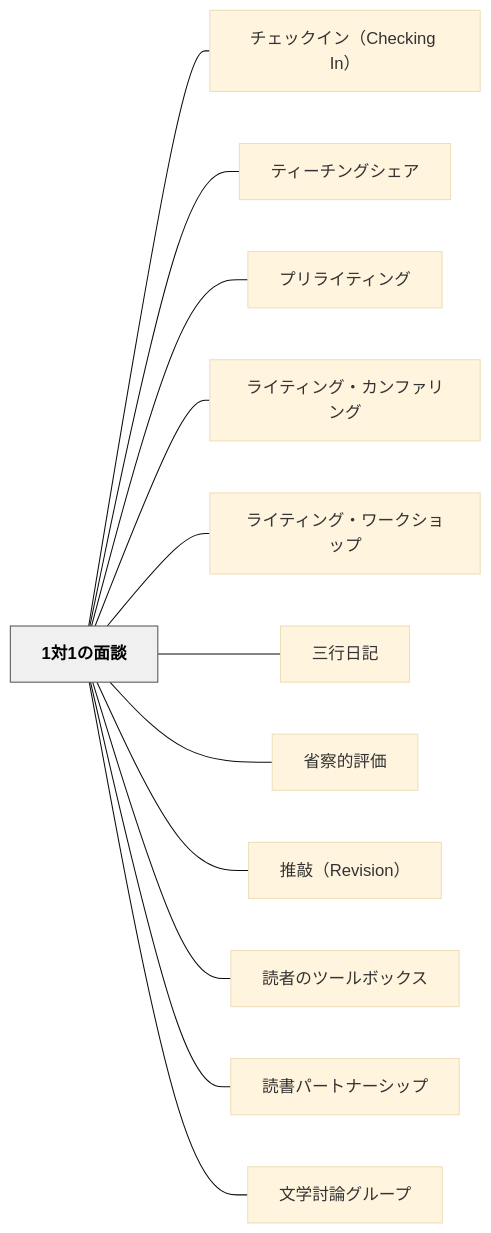
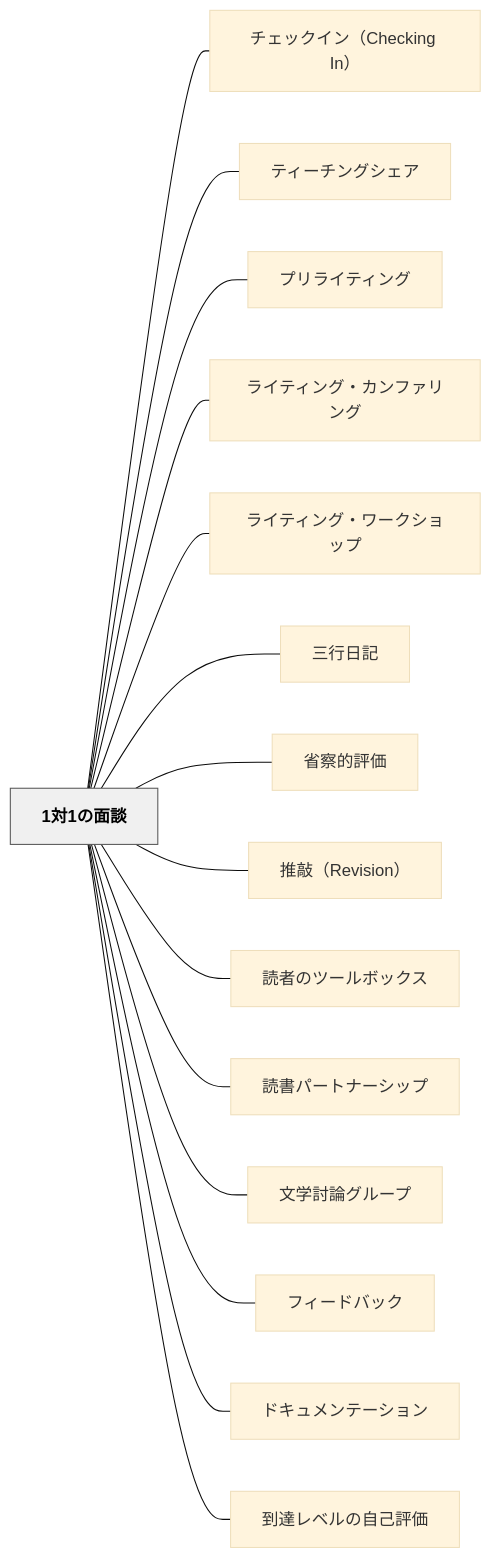
Before and after one commit to unknownthings-ed-patterns/unknownthings-ed-patterns: the diagram in content/パタン/1対1の面談.md, drawn with Mermaid (base theme). The commit also changed other lines of this file and 100 other files, not shown here.

````diff
--- a/content/パタン/1対1の面談.md
+++ b/content/パタン/1対1の面談.md
@@ -135,30 +133,36 @@
 ```mermaid
 flowchart LR
     n31e5afbe31e381aee99da2e8ab87["1対1の面談"]
     ne38381e382a7e38383e382afe382a4e383b3efbc88436865636b696e6720496eefbc89["チェックイン（Checking In）"]
     ne38386e382a3e383bce38381e383b3e382b0e382b7e382a7e382a2["ティーチングシェア"]
     ne38397e383aae383a9e382a4e38386e382a3e383b3e382b0["プリライティング"]
     ne383a9e382a4e38386e382a3e383b3e382b0e383bbe382abe383b3e38395e382a1e383aae383b3e382b0["ライティング・カンファリング"]
     ne383a9e382a4e38386e382a3e383b3e382b0e383bbe383afe383bce382afe382b7e383a7e38383e38397["ライティング・ワークショップ"]
     ne4b889e8a18ce697a5e8a898["三行日記"]
     ne79c81e5af9fe79a84e8a995e4bea1["省察的評価"]
     ne68ea8e695b2efbc885265766973696f6eefbc89["推敲（Revision）"]
     ne8aaade88085e381aee38384e383bce383abe3839ce38383e382afe382b9["読者のツールボックス"]
     ne8aaade69bb8e38391e383bce38388e3838ae383bce382b7e38383e38397["読書パートナーシップ"]
     ne69687e5ada6e8a88ee8ab96e382b0e383abe383bce38397["文学討論グループ"]
+    ne38395e382a3e383bce38389e38390e38383e382af["フィードバック"]
+    ne38389e382ade383a5e383a1e383b3e38386e383bce382b7e383a7e383b3["ドキュメンテーション"]
+    ne588b0e98194e383ace38399e383abe381aee887aae5b7b1e8a995e4bea1["到達レベルの自己評価"]
 
     n31e5afbe31e381aee99da2e8ab87 --- ne38381e382a7e38383e382afe382a4e383b3efbc88436865636b696e6720496eefbc89
     n31e5afbe31e381aee99da2e8ab87 --- ne38386e382a3e383bce38381e383b3e382b0e382b7e382a7e382a2
     n31e5afbe31e381aee99da2e8ab87 --- ne38397e383aae383a9e382a4e38386e382a3e383b3e382b0
     n31e5afbe31e381aee99da2e8ab87 --- ne383a9e382a4e38386e382a3e383b3e382b0e383bbe382abe383b3e38395e382a1e383aae383b3e382b0
     n31e5afbe31e381aee99da2e8ab87 --- ne383a9e382a4e38386e382a3e383b3e382b0e383bbe383afe383bce382afe382b7e383a7e38383e38397
     n31e5afbe31e381aee99da2e8ab87 --- ne4b889e8a18ce697a5e8a898
     n31e5afbe31e381aee99da2e8ab87 --- ne79c81e5af9fe79a84e8a995e4bea1
     n31e5afbe31e381aee99da2e8ab87 --- ne68ea8e695b2efbc885265766973696f6eefbc89
     n31e5afbe31e381aee99da2e8ab87 --- ne8aaade88085e381aee38384e383bce383abe3839ce38383e382afe382b9
     n31e5afbe31e381aee99da2e8ab87 --- ne8aaade69bb8e38391e383bce38388e3838ae383bce382b7e38383e38397
     n31e5afbe31e381aee99da2e8ab87 --- ne69687e5ada6e8a88ee8ab96e382b0e383abe383bce38397
+    n31e5afbe31e381aee99da2e8ab87 --- ne38395e382a3e383bce38389e38390e38383e382af
+    n31e5afbe31e381aee99da2e8ab87 --- ne38389e382ade383a5e383a1e383b3e38386e383bce382b7e383a7e383b3
+    n31e5afbe31e381aee99da2e8ab87 --- ne588b0e98194e383ace38399e383abe381aee887aae5b7b1e8a995e4bea1
 
     classDef hub fill:#f0f0f0,stroke:#555,color:#000,font-weight:bold
     class n31e5afbe31e381aee99da2e8ab87 hub
 ```
````
